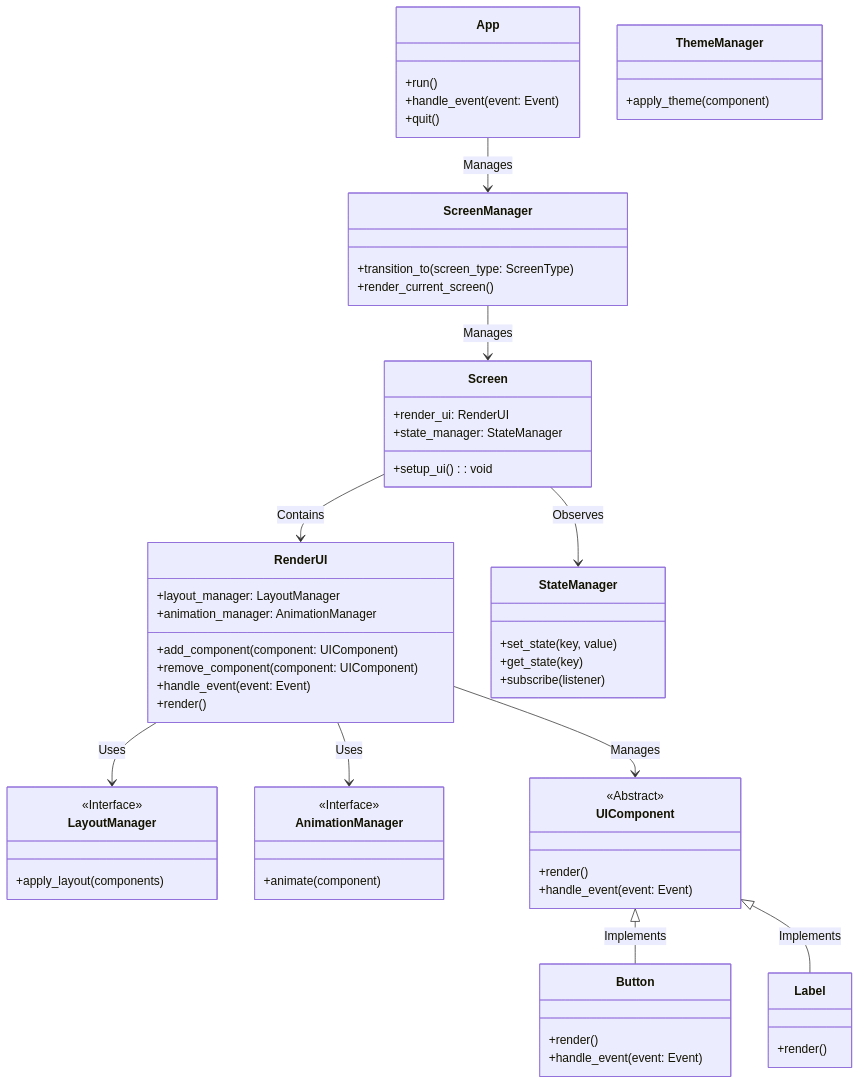
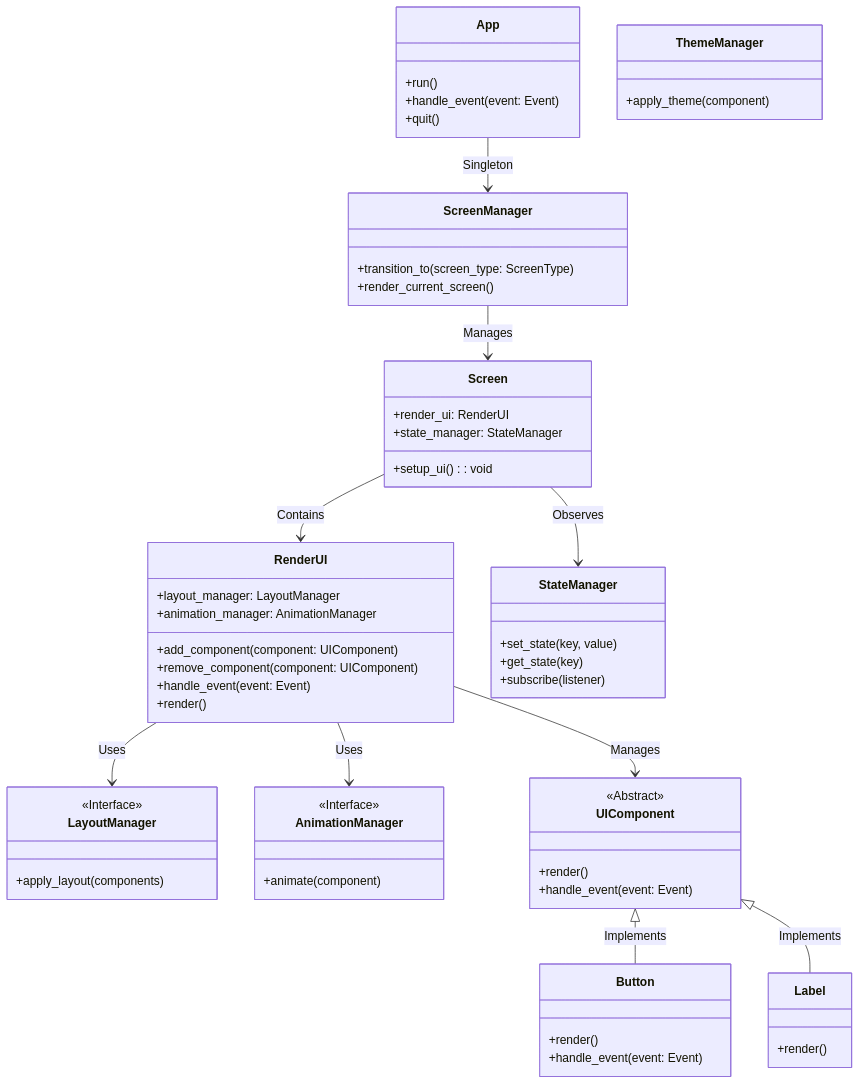
One commit to Phastboy/drawing changed the first of 2 diagrams in README.md. Above: the diagram before and after it, drawn with Mermaid.

````diff
--- a/README.md
+++ b/README.md
@@ -4,75 +4,75 @@
 ``` mermaid
 classDiagram
     direction TB
     class App {
         +run()
         +handle_event(event: Event)
         +quit()
     }
 
     class ScreenManager {
         +transition_to(screen_type: ScreenType)
         +render_current_screen()
     }
 
     class Screen {
         +render_ui: RenderUI
         +state_manager: StateManager
         +setup_ui(): void
     }
 
     class RenderUI {
         +add_component(component: UIComponent)
         +remove_component(component: UIComponent)
         +handle_event(event: Event)
         +render()
         +layout_manager: LayoutManager
         +animation_manager: AnimationManager
     }
 
     class StateManager {
         +set_state(key, value)
         +get_state(key)
         +subscribe(listener)
     }
 
     class ThemeManager {
         +apply_theme(component)
     }
 
     class LayoutManager {
         <<Interface>>
         +apply_layout(components)
     }
 
     class AnimationManager {
         <<Interface>>
         +animate(component)
     }
 
     class UIComponent {
         <<Abstract>>
         +render()
         +handle_event(event: Event)
     }
 
     class Button {
         +render()
         +handle_event(event: Event)
     }
 
     class Label {
         +render()
     }
 
-    App --> ScreenManager : Manages
+    App --> ScreenManager : Singleton
     ScreenManager --> Screen : Manages
     Screen --> RenderUI : Contains
     Screen --> StateManager : Observes
     RenderUI --> LayoutManager : Uses
     RenderUI --> AnimationManager : Uses
     RenderUI --> UIComponent : Manages
     UIComponent <|-- Button : Implements
     UIComponent <|-- Label : Implements
 
 ```
````
